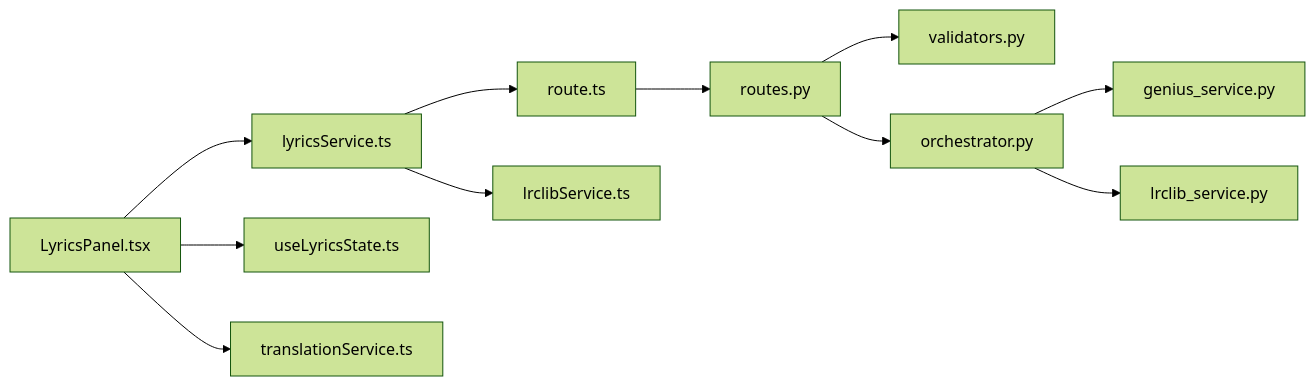
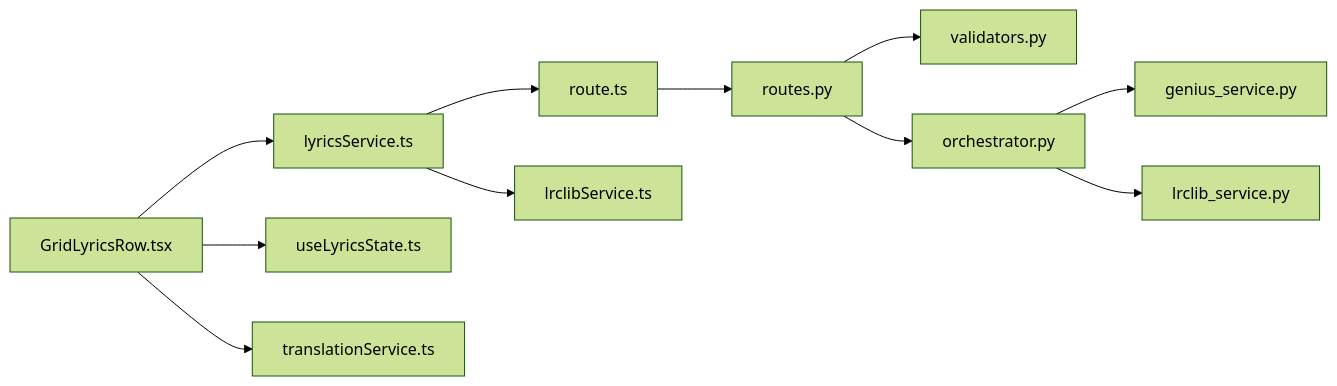
Before and after one commit to ptnghia-j/ChordMiniApp: the fourth of 4 diagrams in .qoder/repowiki/en/content/Architecture and Design/Backend Architecture/Blueprint Organization/Lyrics Blueprint.md, drawn with Mermaid (forest theme). The commit also changed other lines of this file and 60 other files, not shown here.

````diff
--- a/.qoder/repowiki/en/content/Architecture and Design/Backend Architecture/Blueprint Organization/Lyrics Blueprint.md
+++ b/.qoder/repowiki/en/content/Architecture and Design/Backend Architecture/Blueprint Organization/Lyrics Blueprint.md
@@ -304,13 +304,13 @@
 ```mermaid
 graph LR
 Routes["routes.py"] --> Validators["validators.py"]
 Routes --> Orchestrator["orchestrator.py"]
 Orchestrator --> Genius["genius_service.py"]
 Orchestrator --> LRClib["lrclib_service.py"]
 NextRoute["route.ts"] --> Routes
 LyricsSvc["lyricsService.ts"] --> NextRoute
 LyricsSvc --> LRCLibSvc["lrclibService.ts"]
-Panel["LyricsPanel.tsx"] --> LyricsSvc
+Panel["GridLyricsRow.tsx"] --> LyricsSvc
 Panel --> StateHook["useLyricsState.ts"]
 Panel --> Trans["translationService.ts"]
 ```
````
